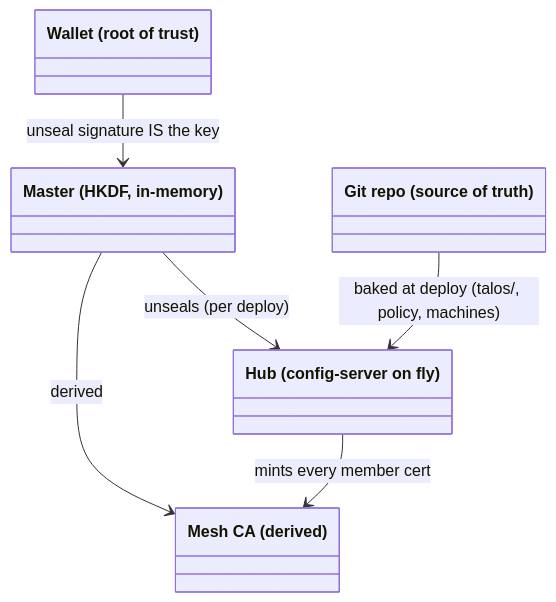
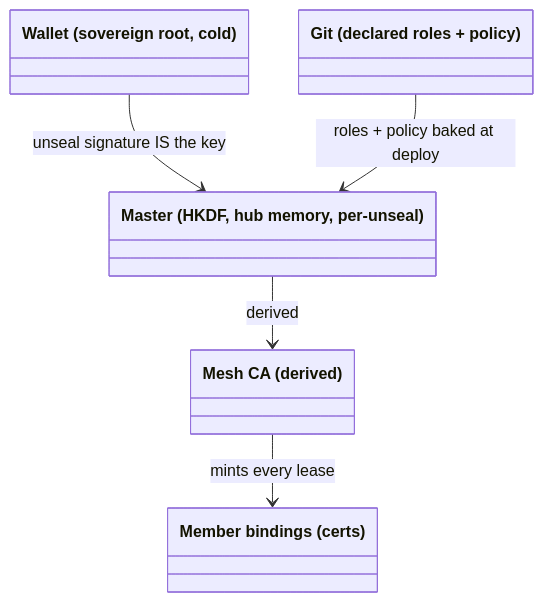
The second of 5 diagrams in docs/desired-state/domain-model.md (marnyg/talos-config), drawn with Mermaid before and after one commit. The commit also changed other lines of this file and 3 other files, not shown here.

````diff
--- a/docs/desired-state/domain-model.md
+++ b/docs/desired-state/domain-model.md
@@ -12,13 +73,12 @@
 ```mermaid
 classDiagram
-    class Wallet["Wallet (root of trust)"]
-    class Master["Master (HKDF, in-memory)"]
-    class Hub["Hub (config-server on fly)"]
+    class Wallet["Wallet (sovereign root, cold)"]
+    class Master["Master (HKDF, hub memory, per-unseal)"]
     class CA["Mesh CA (derived)"]
-    class Git["Git repo (source of truth)"]
+    class Git["Git (declared roles + policy)"]
+    class BindingC["Member bindings (certs)"]
     Wallet --> Master : unseal signature IS the key
     Master --> CA : derived
-    Master --> Hub : unseals (per deploy)
-    Git --> Hub : baked at deploy (talos/, policy, machines)
-    Hub --> CA : mints every member cert
+    Git --> Master : roles + policy baked at deploy
+    CA --> BindingC : mints every lease
 ```
````
